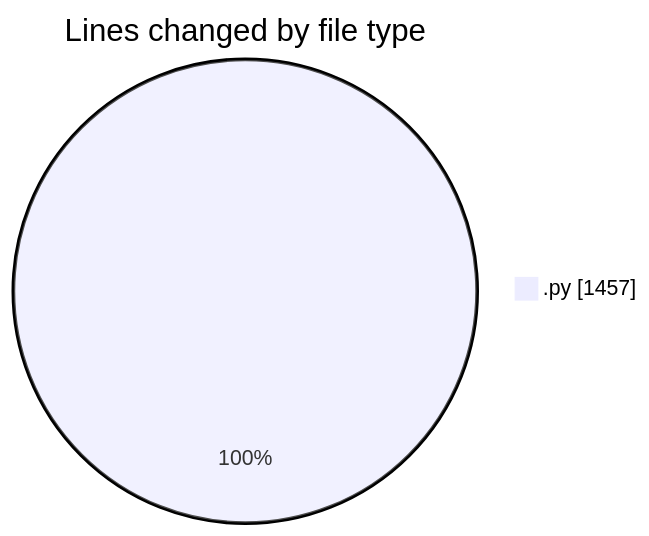
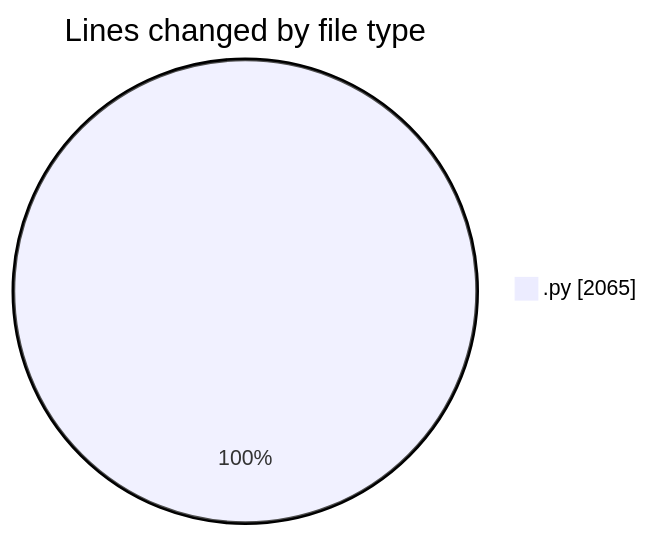
The first of 2 diagrams in 2026-01-11/dsa/README.md (Ritupan-Deka/code-tracking), drawn with Mermaid before and after one commit. The commit also changed other lines of this file and 1 other file, not shown here.

````diff
--- a/2026-01-11/dsa/README.md
+++ b/2026-01-11/dsa/README.md
@@ -20,5 +20,5 @@
 ```mermaid
 pie showData
 title Lines changed by file type
-".py" : 1457
+".py" : 2065
 ```
````
